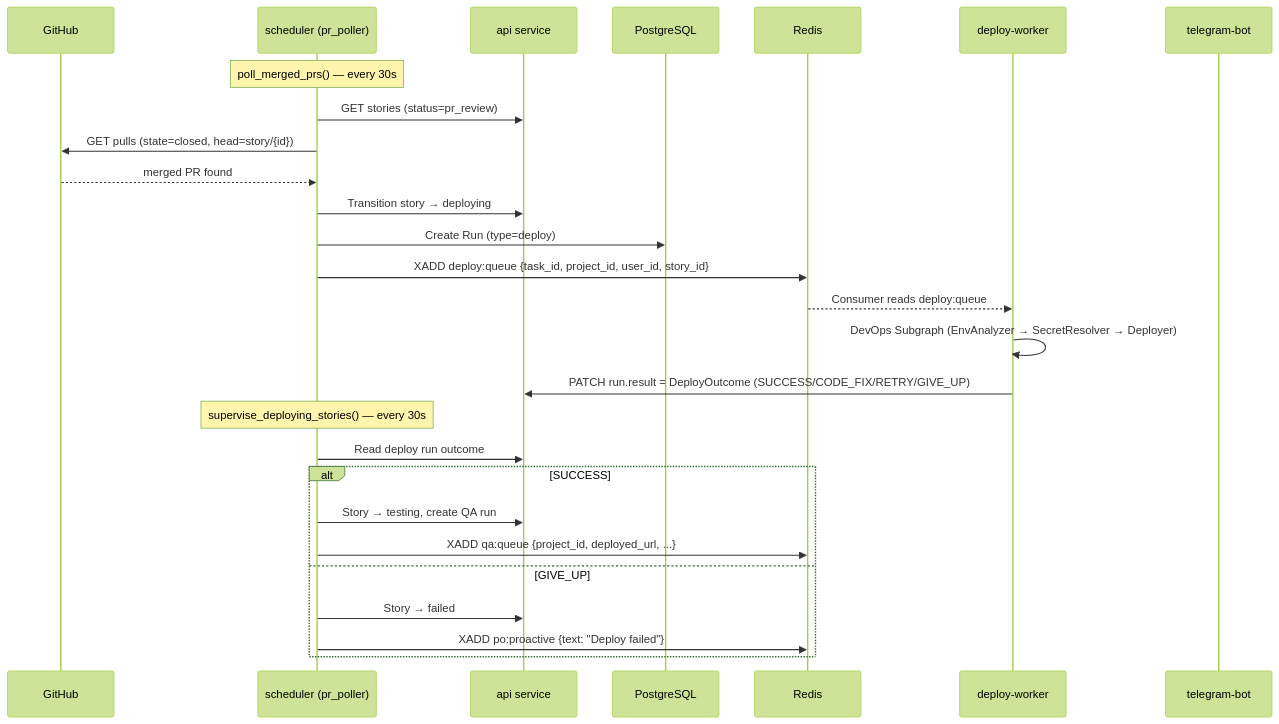
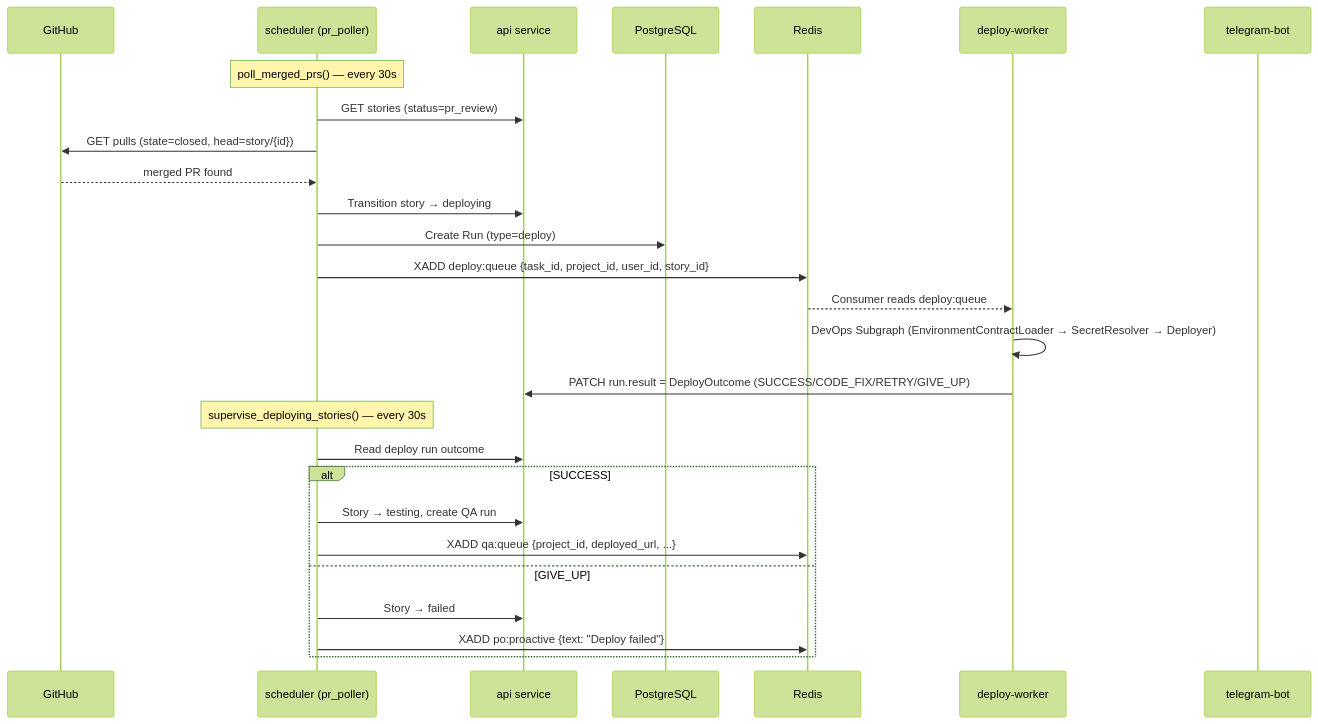
The third of 3 diagrams in docs/CONTRACTS.md (vladmesh/codegen_orchestrator), drawn with Mermaid (forest theme) before and after one commit. The commit also changed other lines of this file and 38 other files, not shown here.

````diff
--- a/docs/CONTRACTS.md
+++ b/docs/CONTRACTS.md
@@ -257,30 +257,30 @@
 ```mermaid
 sequenceDiagram
     participant GH as GitHub
     participant SCH as scheduler (pr_poller)
     participant API as api service
     participant DB as PostgreSQL
     participant Redis
     participant DW as deploy-worker
     participant TG as telegram-bot
 
     Note over SCH: poll_merged_prs() — every 30s
     SCH->>API: GET stories (status=pr_review)
     SCH->>GH: GET pulls (state=closed, head=story/{id})
     GH-->>SCH: merged PR found
     SCH->>API: Transition story → deploying
     SCH->>DB: Create Run (type=deploy)
     SCH->>Redis: XADD deploy:queue {task_id, project_id, user_id, story_id}
     Redis-->>DW: Consumer reads deploy:queue
-    DW->>DW: DevOps Subgraph (EnvAnalyzer → SecretResolver → Deployer)
+    DW->>DW: DevOps Subgraph (EnvironmentContractLoader → SecretResolver → Deployer)
     DW->>API: PATCH run.result = DeployOutcome (SUCCESS/CODE_FIX/RETRY/GIVE_UP)
     Note over SCH: supervise_deploying_stories() — every 30s
     SCH->>API: Read deploy run outcome
     alt SUCCESS
         SCH->>API: Story → testing, create QA run
         SCH->>Redis: XADD qa:queue {project_id, deployed_url, ...}
     else GIVE_UP
         SCH->>API: Story → failed
         SCH->>Redis: XADD po:proactive {text: "Deploy failed"}
     end
 ```
````
